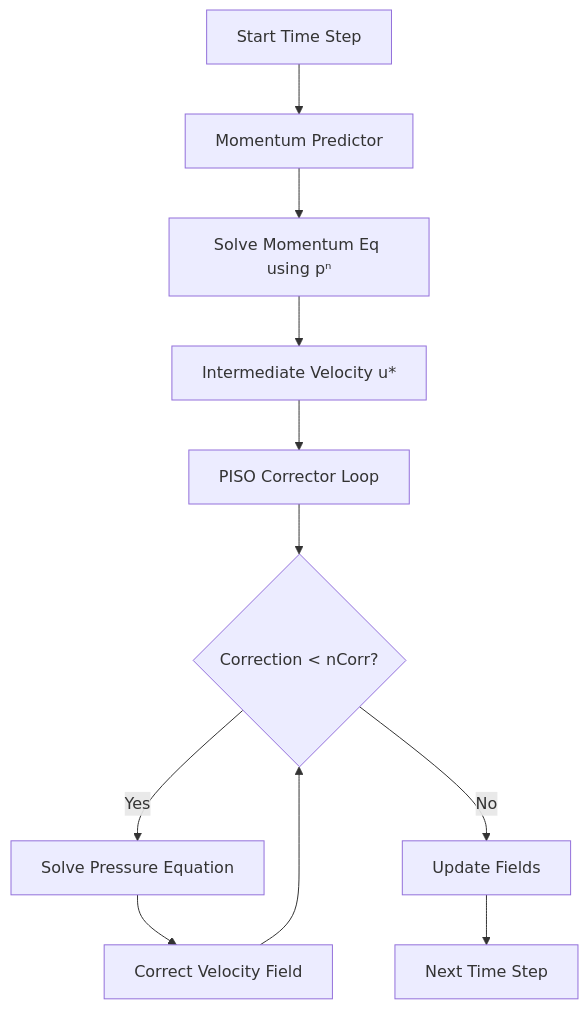
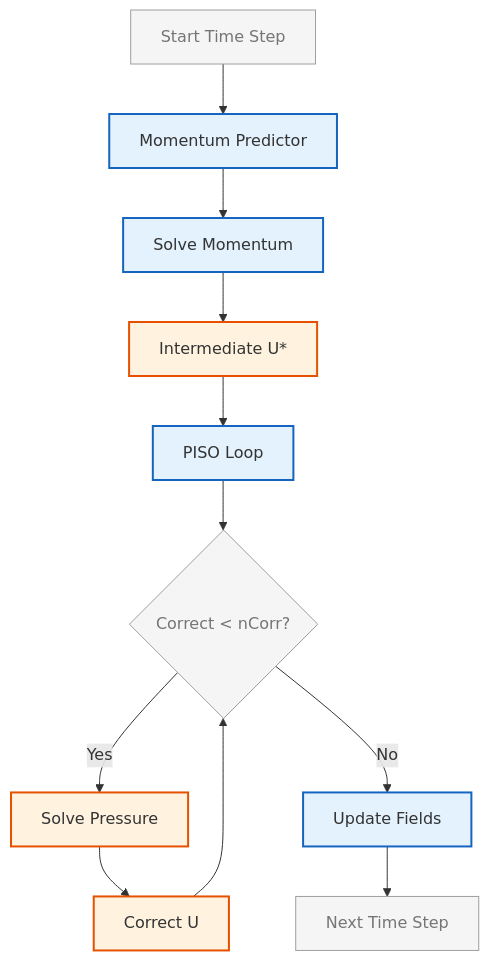
One commit to wramet/build-my-cfd changed the first of 3 diagrams in MODULE_03_SINGLE_PHASE_FLOW/CONTENT/01_INCOMPRESSIBLE_FLOW_SOLVERS/02_Standard_Solvers.md. Above: the diagram before and after it, drawn with Mermaid. The commit also changed other lines of this file and 313 other files, not shown here.

Commit message:
Revise all diagram

````diff
--- a/MODULE_03_SINGLE_PHASE_FLOW/CONTENT/01_INCOMPRESSIBLE_FLOW_SOLVERS/02_Standard_Solvers.md
+++ b/MODULE_03_SINGLE_PHASE_FLOW/CONTENT/01_INCOMPRESSIBLE_FLOW_SOLVERS/02_Standard_Solvers.md
@@ -51,13 +51,18 @@
 ```mermaid
 flowchart TD
-    A[Start Time Step] --> B[Momentum Predictor]
-    B --> C[Solve Momentum Eq using pⁿ]
-    C --> D[Intermediate Velocity u*]
-    D --> E[PISO Corrector Loop]
-    E --> F{Correction < nCorr?}
-    F -->|Yes| G[Solve Pressure Equation]
-    G --> H[Correct Velocity Field]
-    H --> F
-    F -->|No| I[Update Fields]
-    I --> J[Next Time Step]
+%% Classes
+classDef explicit fill:#fff3e0,stroke:#e65100,stroke-width:2px;
+classDef implicit fill:#e3f2fd,stroke:#1565c0,stroke-width:2px;
+classDef context fill:#f5f5f5,stroke:#9e9e9e,stroke-width:1px,color:#757575;
+%% Nodes
+A[Start Time Step]:::context --> B[Momentum Predictor]:::implicit
+B --> C[Solve Momentum]:::implicit
+C --> D[Intermediate U*]:::explicit
+D --> E[PISO Loop]:::implicit
+E --> F{Correct < nCorr?}:::context
+F -->|Yes| G[Solve Pressure]:::explicit
+G --> H[Correct U]:::explicit
+H --> F
+F -->|No| I[Update Fields]:::implicit
+I --> J[Next Time Step]:::context
 ```
````
